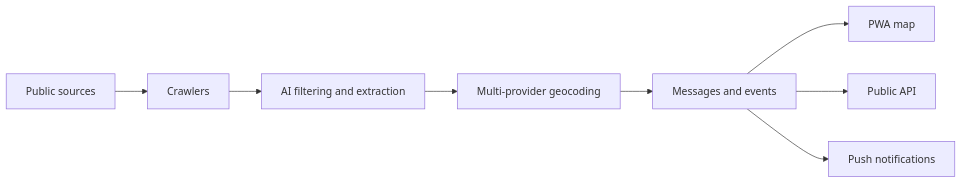
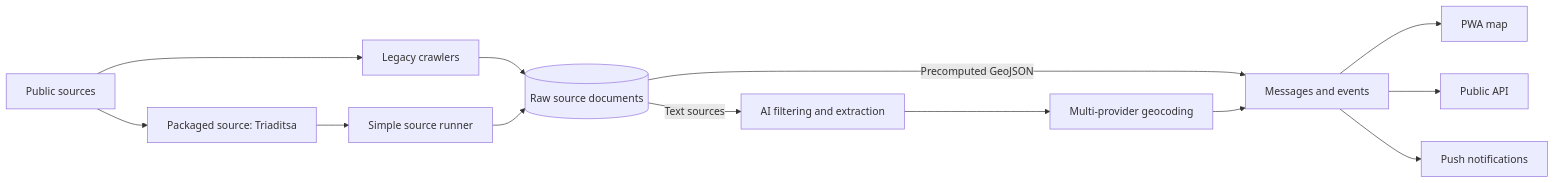
The diagram in README.md (oboapp/oboapp), drawn with Mermaid before and after one commit. The commit also changed other lines of this file and 5 other files, not shown here.

First line of the commit message:
docs(ingest): explain the temporary mixed source architecture (#30)

````diff
--- a/README.md
+++ b/README.md
@@ -37,10 +37,15 @@
 ```mermaid
 flowchart LR
-	sources[Public sources] --> crawlers[Crawlers]
-	crawlers --> ingest[AI filtering and extraction]
+	sources[Public sources] --> legacy[Legacy crawlers]
+	sources --> packaged[Packaged source: Triaditsa]
+	packaged --> runner[Simple source runner]
+	legacy --> raw[(Raw source documents)]
+	runner --> raw
+	raw -->|Text sources| ingest[AI filtering and extraction]
+	raw -->|Precomputed GeoJSON| events
 	ingest --> geocoding[Multi-provider geocoding]
 	geocoding --> events[Messages and events]
 	events --> web[PWA map]
 	events --> api[Public API]
 	events --> notifications[Push notifications]
 ```
````
